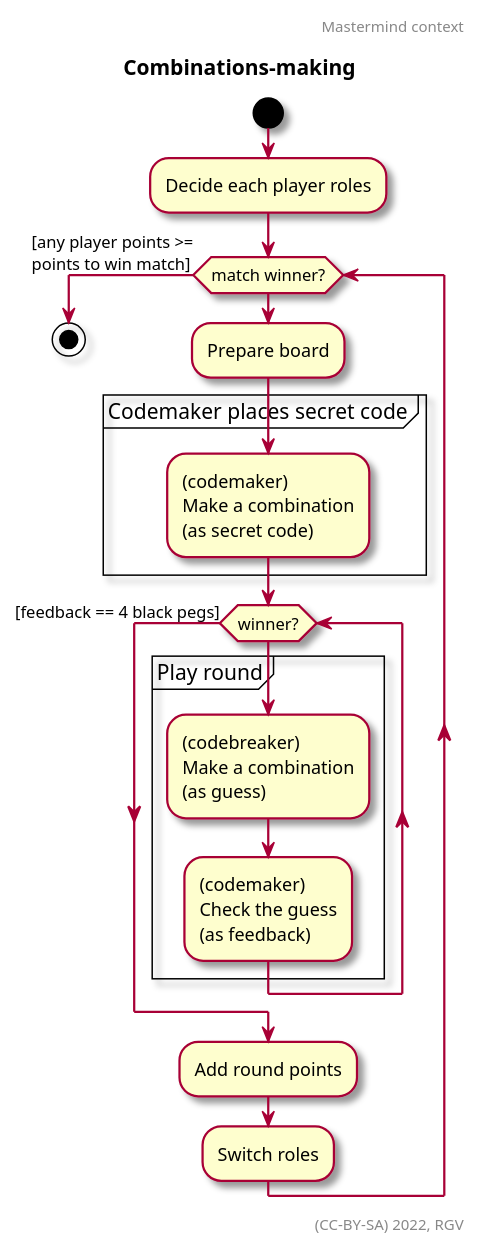
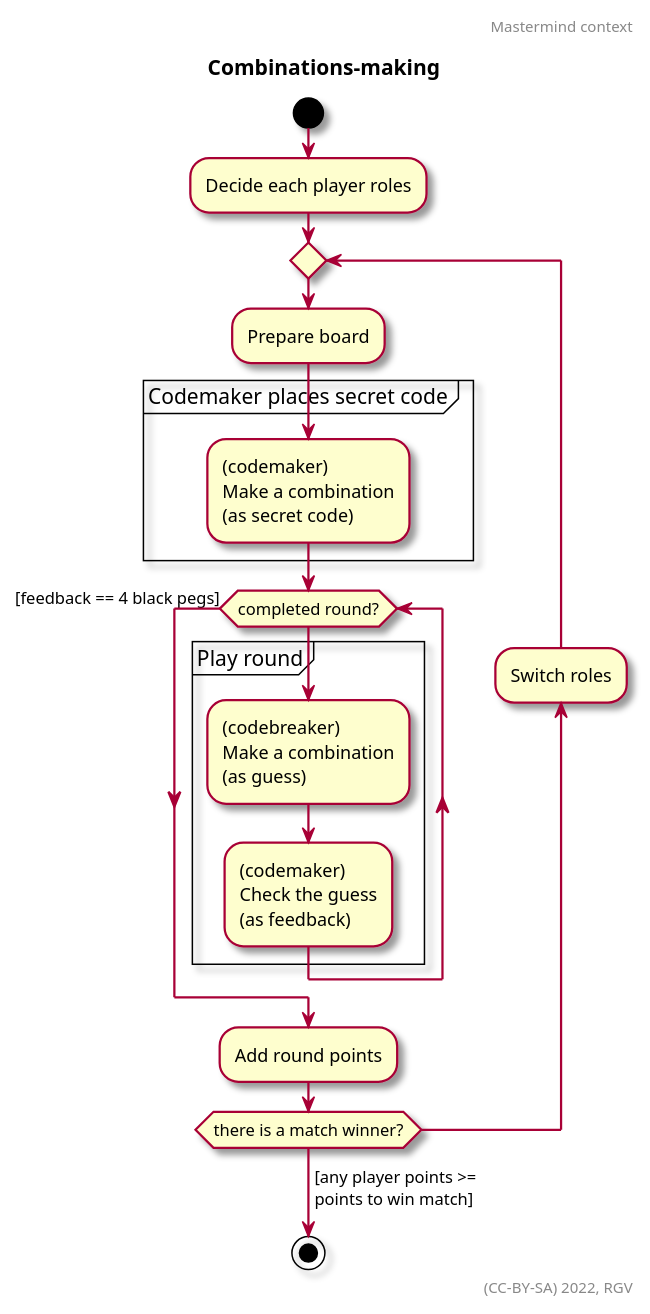
Before and after one commit to RicardoGuzmanVelasco/Kalendra.Mastermind: the diagram in Assets/Documentation~/Context-Combinations_making.puml, drawn with PlantUML. The commit also changed 3 other files, not shown here.

Commit message:
docs: change while to repeat in context diagramas to improve readability

```diff
--- a/Assets/Documentation~/Context-Combinations_making.puml
+++ b/Assets/Documentation~/Context-Combinations_making.puml
@@ -1,26 +1,26 @@
 @startuml
 skin rose
 
 header Mastermind context
 title Combinations-making
 right footer (CC-BY-SA) 2022, RGV
 
 start
 :Decide each player roles;
-while (match winner?)
+repeat
     :Prepare board;
     partition "Codemaker places secret code"{
         :(codemaker)\nMake a combination\n(as secret code);
     }
-    while (winner?)
+    while (completed round?)
         partition "Play round"{
             :(codebreaker)\nMake a combination\n(as guess);
             :(codemaker)\nCheck the guess\n(as feedback);
         }
     endwhile([feedback == 4 black pegs])
     :Add round points;
-    :Switch roles;
-end while ([any player points >=\npoints to win match])
+    backward:Switch roles;
+repeat while (there is a match winner?)
+-> [any player points >= \npoints to win match];
 stop
-
 @enduml
```
